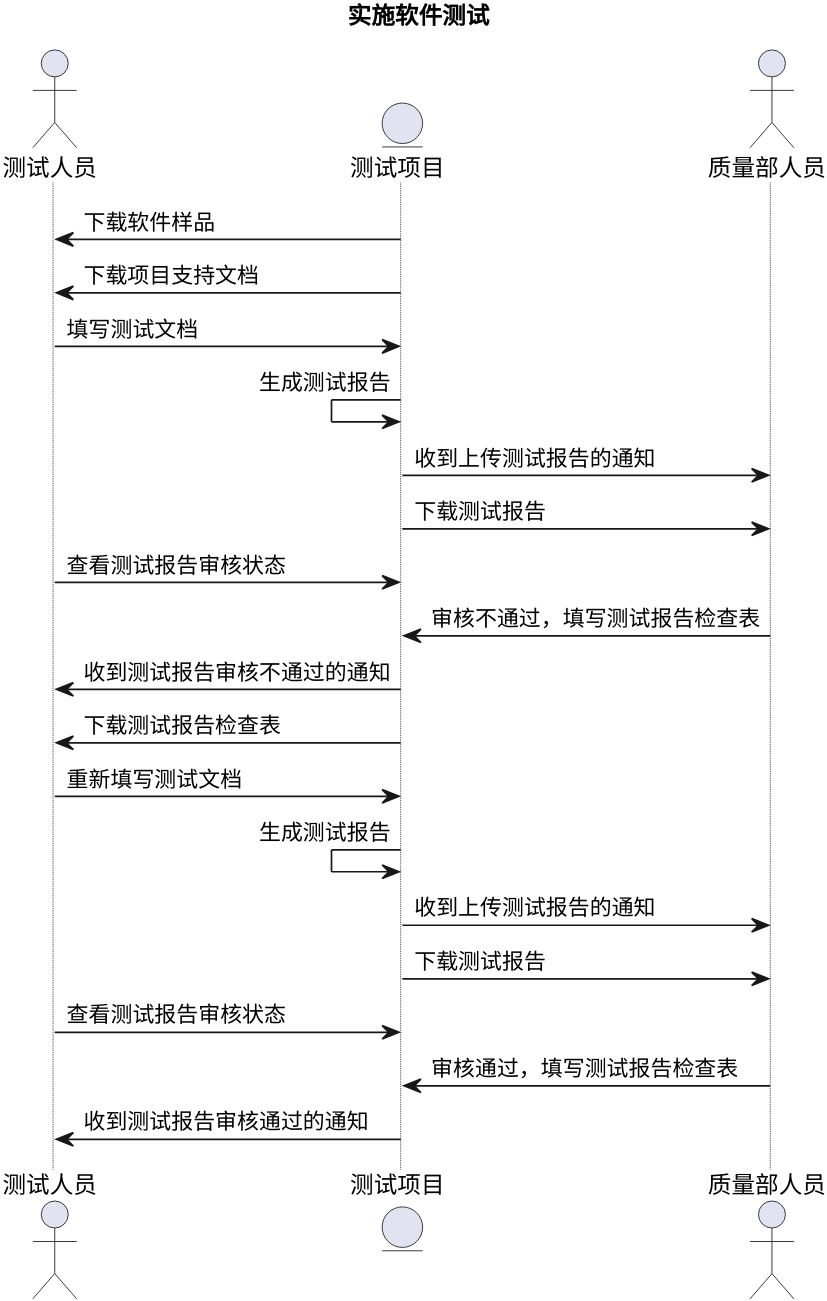
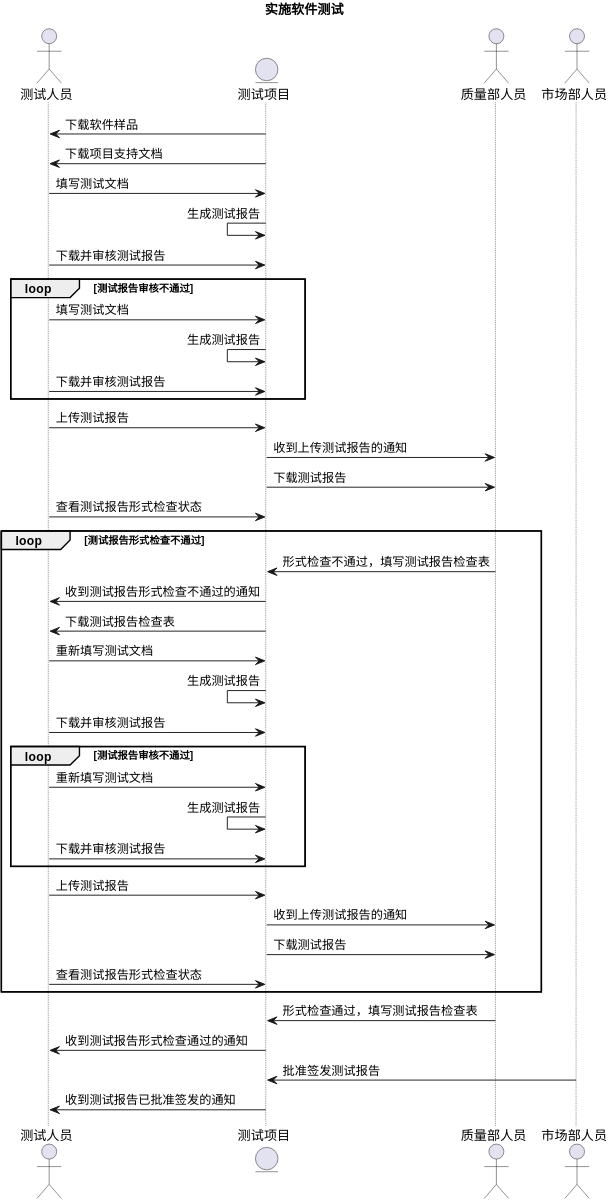
Before and after one commit to TheGreatAutomata/SE2022-SoftwareTestsSystem: the diagram in file/testSoftware.plantuml, drawn with PlantUML. The commit also changed 2 other files, not shown here.

```diff
--- a/file/testSoftware.plantuml
+++ b/file/testSoftware.plantuml
@@ -1,30 +1,49 @@
 @startuml 实施软件测试
 title 实施软件测试
-skinparam dpi 900
+skinparam dpi 500
 
 actor 测试人员
 entity 测试项目
 actor 质量部人员
+actor 市场部人员
 
 测试项目 -> 测试人员 : 下载软件样品
 测试项目 -> 测试人员 : 下载项目支持文档
 测试人员 -> 测试项目 : 填写测试文档
 测试项目 <- 测试项目 : 生成测试报告
+测试人员 -> 测试项目 : 下载并审核测试报告
+loop 测试报告审核不通过
+    测试人员 -> 测试项目 : 填写测试文档
+    测试项目 <- 测试项目 : 生成测试报告
+    测试人员 -> 测试项目 : 下载并审核测试报告
+end
+测试人员 -> 测试项目 : 上传测试报告
 测试项目 -> 质量部人员 : 收到上传测试报告的通知
 测试项目 -> 质量部人员 : 下载测试报告
-测试人员 -> 测试项目 : 查看测试报告审核状态
-质量部人员 -> 测试项目 : 审核不通过，填写测试报告检查表
-测试项目 -> 测试人员 : 收到测试报告审核不通过的通知
-测试项目 -> 测试人员 : 下载测试报告检查表
-测试人员 -> 测试项目 : 重新填写测试文档
-测试项目 <- 测试项目 : 生成测试报告
-测试项目 -> 质量部人员 : 收到上传测试报告的通知
-测试项目 -> 质量部人员 : 下载测试报告
-测试人员 -> 测试项目 : 查看测试报告审核状态
-质量部人员 -> 测试项目 : 审核通过，填写测试报告检查表
-测试项目 -> 测试人员 : 收到测试报告审核通过的通知
+测试人员 -> 测试项目 : 查看测试报告形式检查状态
+loop 测试报告形式检查不通过
+    质量部人员 -> 测试项目 : 形式检查不通过，填写测试报告检查表
+    测试项目 -> 测试人员 : 收到测试报告形式检查不通过的通知
+    测试项目 -> 测试人员 : 下载测试报告检查表
+    测试人员 -> 测试项目 : 重新填写测试文档
+    测试项目 <- 测试项目 : 生成测试报告
+    测试人员 -> 测试项目 : 下载并审核测试报告
+    loop 测试报告审核不通过
+        测试人员 -> 测试项目 : 重新填写测试文档
+        测试项目 <- 测试项目 : 生成测试报告
+        测试人员 -> 测试项目 : 下载并审核测试报告
+    end
+    测试人员 -> 测试项目 : 上传测试报告
+    测试项目 -> 质量部人员 : 收到上传测试报告的通知
+    测试项目 -> 质量部人员 : 下载测试报告
+    测试人员 -> 测试项目 : 查看测试报告形式检查状态
+end
+质量部人员 -> 测试项目 : 形式检查通过，填写测试报告检查表
+测试项目 -> 测试人员 : 收到测试报告形式检查通过的通知
+市场部人员 -> 测试项目 : 批准签发测试报告
+测试项目 -> 测试人员 : 收到测试报告已批准签发的通知
 
 
 
 
 @enduml
```
